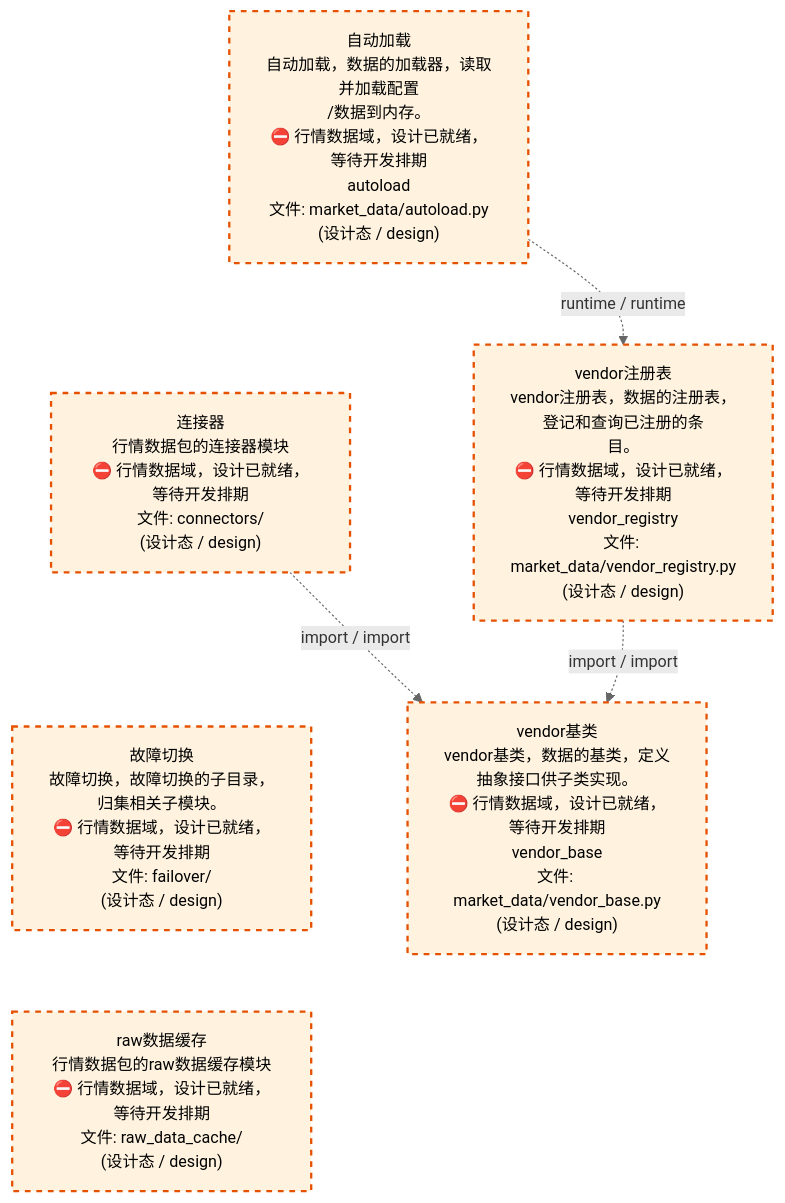
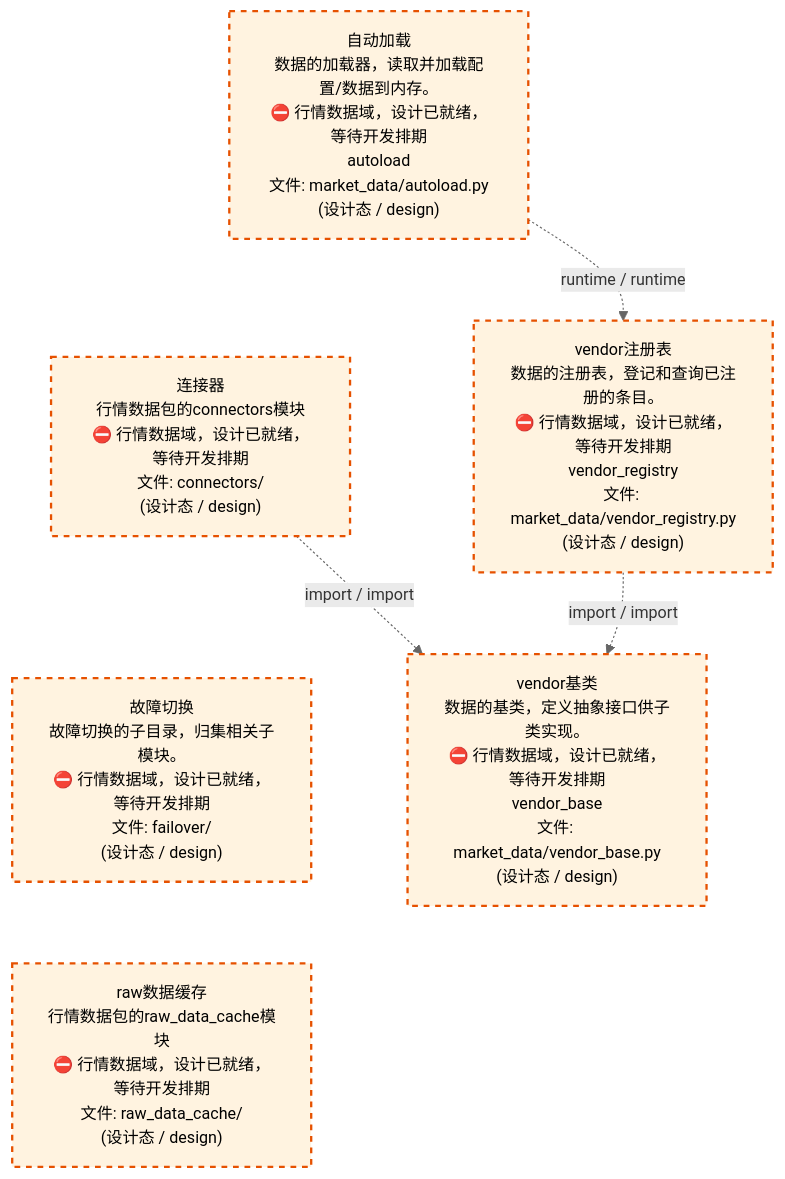
The third of 4 diagrams in docs/02_enterprise_architecture/02_domain_architecture_docs/23_d_mkt_data.md (xuanFelixVan/ZephyrAlpha), drawn with Mermaid before and after one commit. The commit also changed other lines of this file and 61 other files, not shown here.

````diff
--- a/docs/02_enterprise_architecture/02_domain_architecture_docs/23_d_mkt_data.md
+++ b/docs/02_enterprise_architecture/02_domain_architecture_docs/23_d_mkt_data.md
@@ -143,21 +143,21 @@
 ```mermaid
 %%{init: {'theme': 'base', 'themeVariables': {'primaryColor': '#eaeaea', 'primaryTextColor': '#333333', 'primaryBorderColor': '#666666', 'lineColor': '#666666', 'secondaryColor': '#eaeaea', 'tertiaryColor': '#eaeaea', 'fontSize': '14px'}}}%%
 flowchart TD
-    src_zephyr_market_data_autoload_py["自动加载<br/>自动加载，数据的加载器，读取并加载配置<br/>/数据到内存。<br/>⛔ 行情数据域，设计已就绪，等待开发排期<br/>autoload<br/>文件: market_data/autoload.py<br/>(设计态 / design)"]
-    src_zephyr_market_data_connectors["连接器<br/>行情数据包的连接器模块<br/>⛔ 行情数据域，设计已就绪，等待开发排期<br/>文件: connectors/<br/>(设计态 / design)"]
-    src_zephyr_market_data_failover["故障切换<br/>故障切换，故障切换的子目录，归集相关子模块。<br/>⛔ 行情数据域，设计已就绪，等待开发排期<br/>文件: failover/<br/>(设计态 / design)"]
-    src_zephyr_market_data_raw_data_cache["raw数据缓存<br/>行情数据包的raw数据缓存模块<br/>⛔ 行情数据域，设计已就绪，等待开发排期<br/>文件: raw_data_cache/<br/>(设计态 / design)"]
+    src_zephyr_market_data_autoload_py["自动加载<br/>数据的加载器，读取并加载配置/数据到内存。<br/>⛔ 行情数据域，设计已就绪，等待开发排期<br/>autoload<br/>文件: market_data/autoload.py<br/>(设计态 / design)"]
+    src_zephyr_market_data_connectors["连接器<br/>行情数据包的connectors模块<br/>⛔ 行情数据域，设计已就绪，等待开发排期<br/>文件: connectors/<br/>(设计态 / design)"]
+    src_zephyr_market_data_failover["故障切换<br/>故障切换的子目录，归集相关子模块。<br/>⛔ 行情数据域，设计已就绪，等待开发排期<br/>文件: failover/<br/>(设计态 / design)"]
+    src_zephyr_market_data_raw_data_cache["raw数据缓存<br/>行情数据包的raw_data_cache模块<br/>⛔ 行情数据域，设计已就绪，等待开发排期<br/>文件: raw_data_cache/<br/>(设计态 / design)"]
     src_zephyr_market_data_autoload_py ~~~ src_zephyr_market_data_connectors
     src_zephyr_market_data_connectors ~~~ src_zephyr_market_data_failover
     src_zephyr_market_data_failover ~~~ src_zephyr_market_data_raw_data_cache
-    src_zephyr_market_data_vendor_registry_py["vendor注册表<br/>vendor注册表，数据的注册表，登记和查询已注册的条<br/>目。<br/>⛔ 行情数据域，设计已就绪，等待开发排期<br/>vendor_registry<br/>文件: market_data/vendor_registry.py<br/>(设计态 / design)"]
-    src_zephyr_market_data_vendor_base_py["vendor基类<br/>vendor基类，数据的基类，定义抽象接口供子类实现。<br/>⛔ 行情数据域，设计已就绪，等待开发排期<br/>vendor_base<br/>文件: market_data/vendor_base.py<br/>(设计态 / design)"]
+    src_zephyr_market_data_vendor_registry_py["vendor注册表<br/>数据的注册表，登记和查询已注册的条目。<br/>⛔ 行情数据域，设计已就绪，等待开发排期<br/>vendor_registry<br/>文件: market_data/vendor_registry.py<br/>(设计态 / design)"]
+    src_zephyr_market_data_vendor_base_py["vendor基类<br/>数据的基类，定义抽象接口供子类实现。<br/>⛔ 行情数据域，设计已就绪，等待开发排期<br/>vendor_base<br/>文件: market_data/vendor_base.py<br/>(设计态 / design)"]
     src_zephyr_market_data_vendor_registry_py -.->|import / import| src_zephyr_market_data_vendor_base_py
     src_zephyr_market_data_connectors -.->|import / import| src_zephyr_market_data_vendor_base_py
     src_zephyr_market_data_autoload_py -.->|runtime / runtime| src_zephyr_market_data_vendor_registry_py
     classDef production fill:#e1f5fe,stroke:#01579b,stroke-width:2px,color:#000
     classDef design fill:#fff3e0,stroke:#e65100,stroke-width:2px,color:#000,stroke-dasharray: 5 5
     classDef external_prod fill:#e8f4fd,stroke:#0277bd,stroke-width:1px,color:#000
     classDef external_design fill:#fff8e7,stroke:#ef6c00,stroke-width:1px,color:#000,stroke-dasharray: 5 5
     class src_zephyr_market_data_autoload_py,src_zephyr_market_data_connectors,src_zephyr_market_data_failover,src_zephyr_market_data_raw_data_cache,src_zephyr_market_data_vendor_base_py,src_zephyr_market_data_vendor_registry_py design
 ```
````
